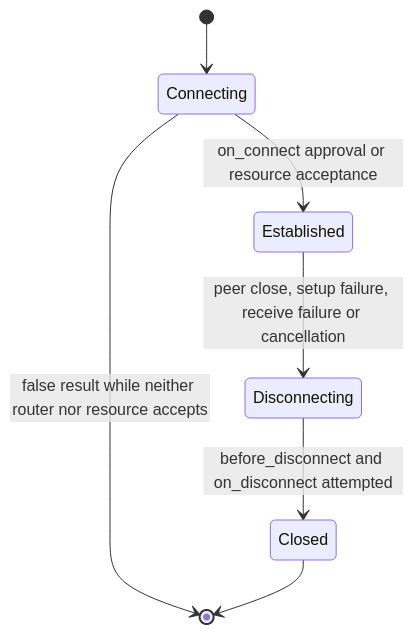
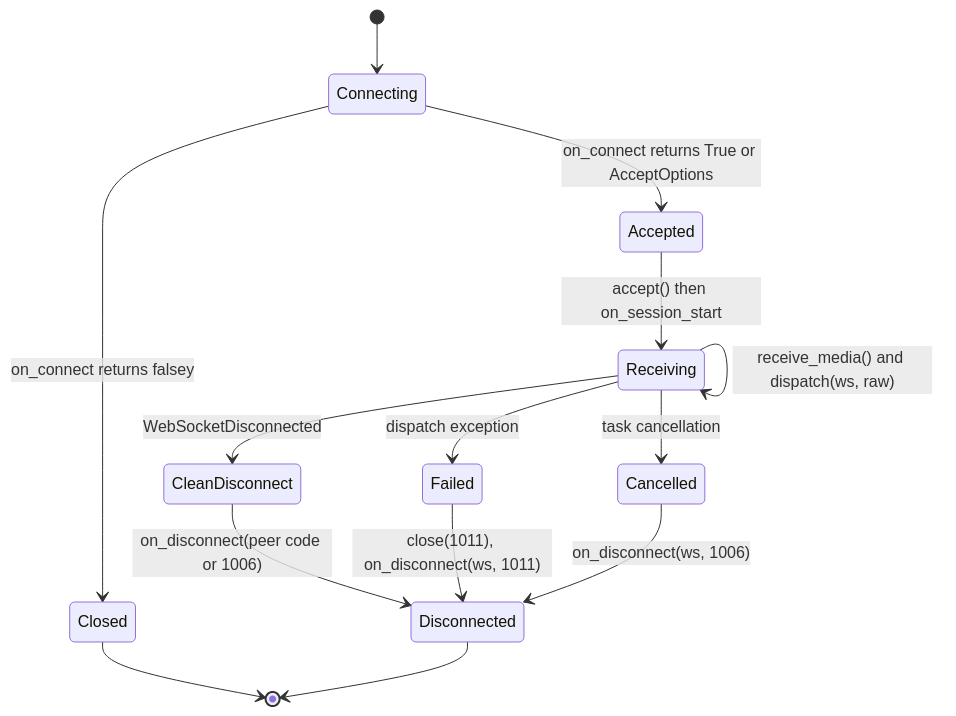
Before and after one commit to leynos/falcon-pachinko: the first of 20 diagrams in docs/falcon-websocket-extension-design.md, drawn with Mermaid. The commit also changed other lines of this file and 56 other files, not shown here.

First line of the commit message:
Define WebSocket connection lifecycle (#178)

````diff
--- a/docs/falcon-websocket-extension-design.md
+++ b/docs/falcon-websocket-extension-design.md
@@ -100,17 +68,24 @@
 ```mermaid
 stateDiagram-v2
     accTitle: WebSocket session state transitions
     accDescr {
-        Approval or resource-owned acceptance promises cleanup. An unaccepted
-        false result returns without cleanup only when the resource did not
-        accept during on_connect. Peer closure, failure or cancellation moves
-        an established session through one cleanup phase.
+        The session starts while the router runs on_connect. A falsey result
+        rejects the upgrade; an accepting result leads to router acceptance,
+        on_session_start and the receive and dispatch loop. Disconnect,
+        failure or cancellation leads to cleanup and the disconnected state.
     }
 
     [*] --> Connecting
-    Connecting --> Established: on_connect approval or resource acceptance
-    Connecting --> [*]: false result while neither router nor resource accepts
-    Established --> Disconnecting: peer close, setup failure, receive failure or cancellation
-    Disconnecting --> Closed: before_disconnect and on_disconnect attempted
+    Connecting --> Accepted: on_connect returns True or AcceptOptions
+    Connecting --> Closed: on_connect returns falsey
+    Accepted --> Receiving: accept() then on_session_start
+    Receiving --> Receiving: receive_media() and dispatch(ws, raw)
+    Receiving --> CleanDisconnect: WebSocketDisconnected
+    Receiving --> Failed: dispatch exception
+    Receiving --> Cancelled: task cancellation
+    CleanDisconnect --> Disconnected: on_disconnect(peer code or 1006)
+    Failed --> Disconnected: close(1011), on_disconnect(ws, 1011)
+    Cancelled --> Disconnected: on_disconnect(ws, 1006)
     Closed --> [*]
+    Disconnected --> [*]
 ```
````
